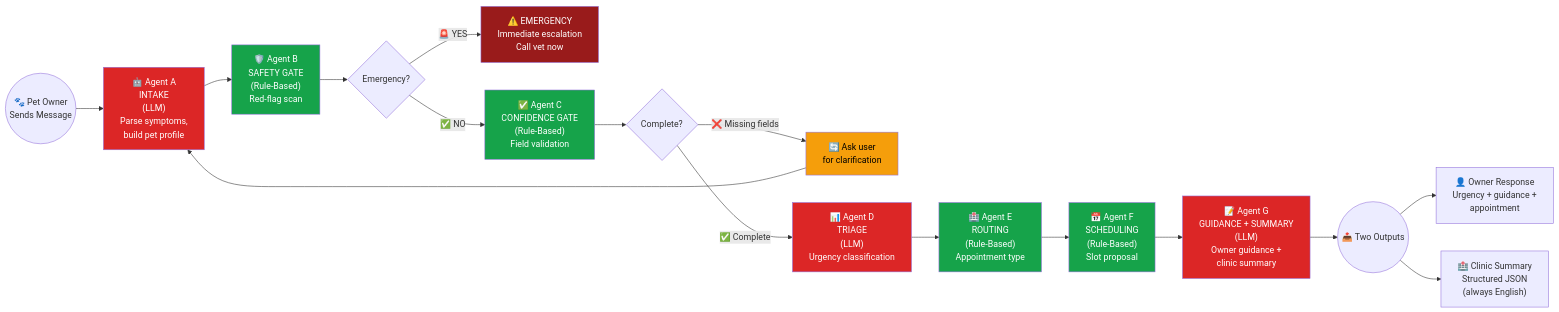
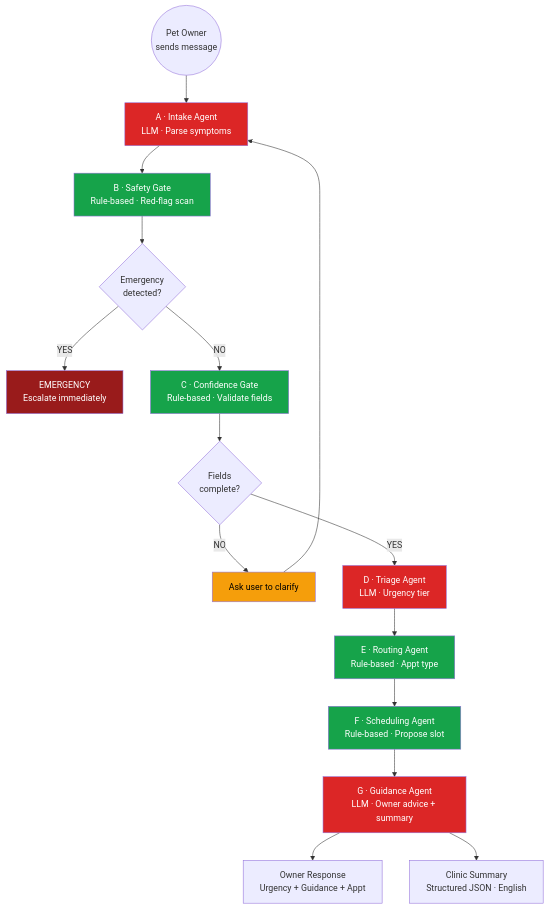
The second of 4 diagrams in README.md (FergieFeng/resume-alignment-engine), drawn with Mermaid before and after one commit. The commit also changed other lines of this file, not shown here.

First line of the commit message:
fix: rewrite mermaid diagrams for clean GitHub rendering

````diff
--- a/README.md
+++ b/README.md
@@ -147,39 +82,28 @@
 ```mermaid
-graph LR
-    START(("🐾 Pet Owner<br/>Sends Message")) --> A
-
-    A["🤖 Agent A<br/>INTAKE<br/>(LLM)<br/>Parse symptoms,<br/>build pet profile"] --> B
-
-    B["🛡️ Agent B<br/>SAFETY GATE<br/>(Rule-Based)<br/>Red-flag scan"] --> B_CHECK{Emergency?}
-
-    B_CHECK -->|"🚨 YES"| EMERGENCY["⚠️ EMERGENCY<br/>Immediate escalation<br/>Call vet now"]
-    B_CHECK -->|"✅ NO"| C
-
-    C["✅ Agent C<br/>CONFIDENCE GATE<br/>(Rule-Based)<br/>Field validation"] --> C_CHECK{Complete?}
-
-    C_CHECK -->|"❌ Missing fields"| CLARIFY["🔄 Ask user<br/>for clarification"]
-    CLARIFY --> A
-    C_CHECK -->|"✅ Complete"| D
-
-    D["📊 Agent D<br/>TRIAGE<br/>(LLM)<br/>Urgency classification"] --> E
-
-    E["🏥 Agent E<br/>ROUTING<br/>(Rule-Based)<br/>Appointment type"] --> F
-
-    F["📅 Agent F<br/>SCHEDULING<br/>(Rule-Based)<br/>Slot proposal"] --> G
-
-    G["📝 Agent G<br/>GUIDANCE + SUMMARY<br/>(LLM)<br/>Owner guidance +<br/>clinic summary"] --> OUTPUT
-
-    OUTPUT(("📤 Two Outputs"))
-    OUTPUT --> OWNER["👤 Owner Response<br/>Urgency + guidance +<br/>appointment"]
-    OUTPUT --> CLINIC["🏥 Clinic Summary<br/>Structured JSON<br/>(always English)"]
+graph TD
+    START(("Pet Owner<br/>sends message"))
+    START --> A["A · Intake Agent<br/>LLM · Parse symptoms"]
+    A --> B["B · Safety Gate<br/>Rule-based · Red-flag scan"]
+    B --> B_CHECK{Emergency<br/>detected?}
+    B_CHECK -- YES --> EMRG["EMERGENCY<br/>Escalate immediately"]
+    B_CHECK -- NO --> C["C · Confidence Gate<br/>Rule-based · Validate fields"]
+    C --> C_CHECK{Fields<br/>complete?}
+    C_CHECK -- NO --> LOOP["Ask user to clarify"]
+    LOOP --> A
+    C_CHECK -- YES --> D["D · Triage Agent<br/>LLM · Urgency tier"]
+    D --> E["E · Routing Agent<br/>Rule-based · Appt type"]
+    E --> F["F · Scheduling Agent<br/>Rule-based · Propose slot"]
+    F --> G_AGENT["G · Guidance Agent<br/>LLM · Owner advice + summary"]
+    G_AGENT --> OUT1["Owner Response<br/>Urgency + Guidance + Appt"]
+    G_AGENT --> OUT2["Clinic Summary<br/>Structured JSON · English"]
 
     style A fill:#dc2626,color:#fff
     style B fill:#16a34a,color:#fff
     style C fill:#16a34a,color:#fff
     style D fill:#dc2626,color:#fff
     style E fill:#16a34a,color:#fff
     style F fill:#16a34a,color:#fff
-    style G fill:#dc2626,color:#fff
-    style EMERGENCY fill:#991b1b,color:#fff
-    style CLARIFY fill:#f59e0b,color:#000
+    style G_AGENT fill:#dc2626,color:#fff
+    style EMRG fill:#991b1b,color:#fff
+    style LOOP fill:#f59e0b,color:#000
 ```
````
